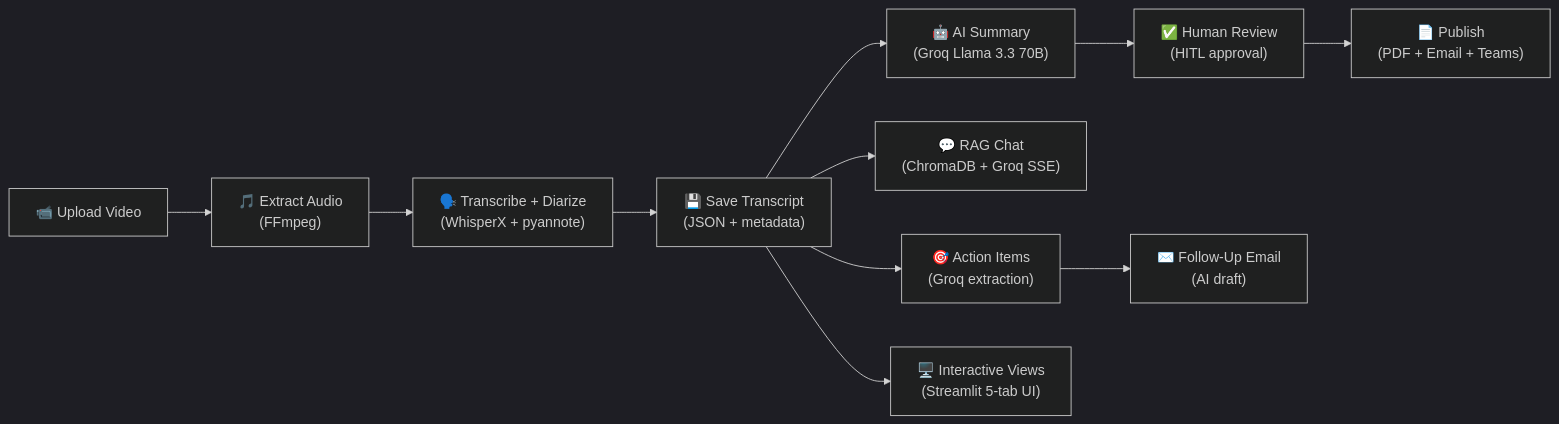
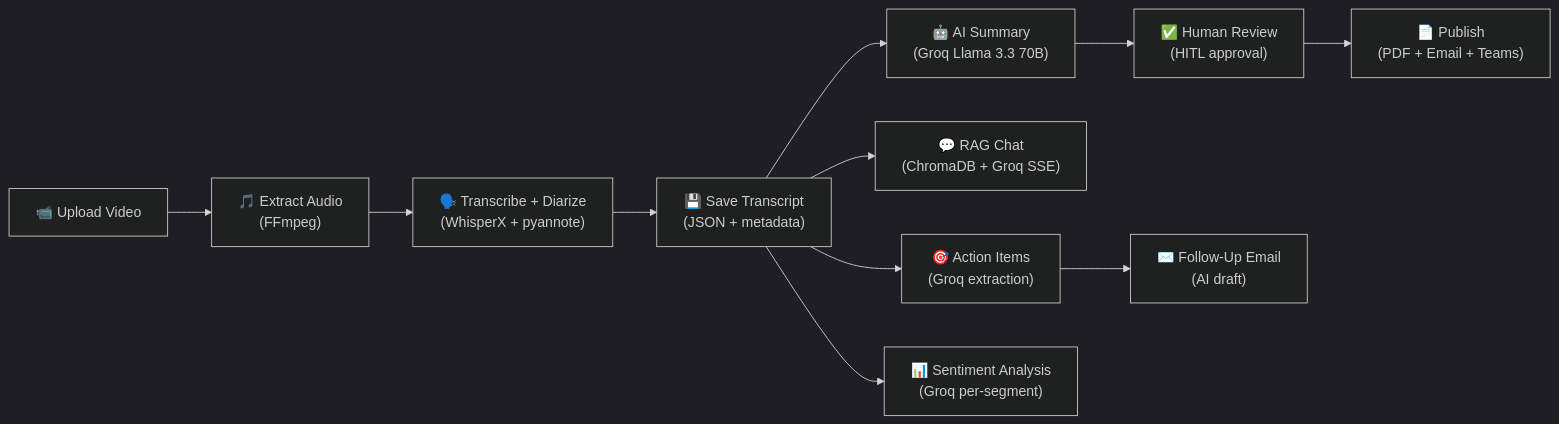
Before and after one commit to pawanuikey06/ContextIQ: the diagram in README.md, drawn with Mermaid (dark theme). The commit also changed other lines of this file and 42 other files, not shown here.

````diff
--- a/README.md
+++ b/README.md
@@ -141,13 +316,13 @@
 ```mermaid
 flowchart LR
     A["📹 Upload Video"] --> B["🎵 Extract Audio<br/>(FFmpeg)"]
     B --> C["🗣️ Transcribe + Diarize<br/>(WhisperX + pyannote)"]
     C --> D["💾 Save Transcript<br/>(JSON + metadata)"]
     D --> E["🤖 AI Summary<br/>(Groq Llama 3.3 70B)"]
     D --> F["💬 RAG Chat<br/>(ChromaDB + Groq SSE)"]
     D --> G["🎯 Action Items<br/>(Groq extraction)"]
-    D --> H["🖥️ Interactive Views<br/>(Streamlit 5-tab UI)"]
+    D --> H["📊 Sentiment Analysis<br/>(Groq per-segment)"]
     E --> I["✅ Human Review<br/>(HITL approval)"]
     G --> J["✉️ Follow-Up Email<br/>(AI draft)"]
     I --> K["📄 Publish<br/>(PDF + Email + Teams)"]
 ```
````
